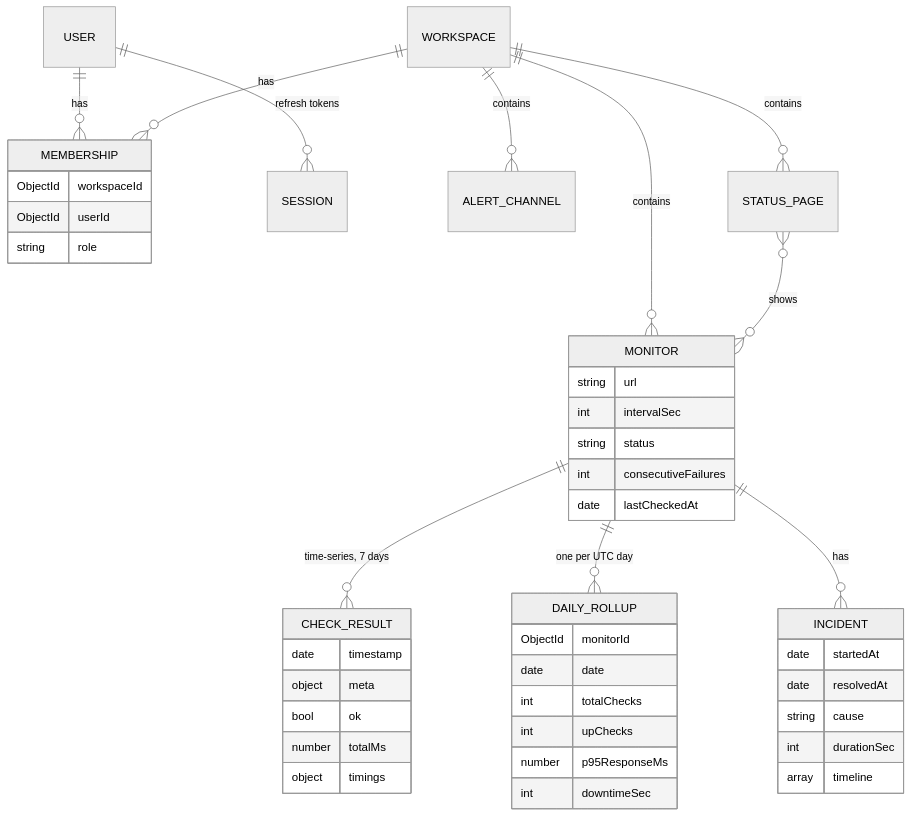
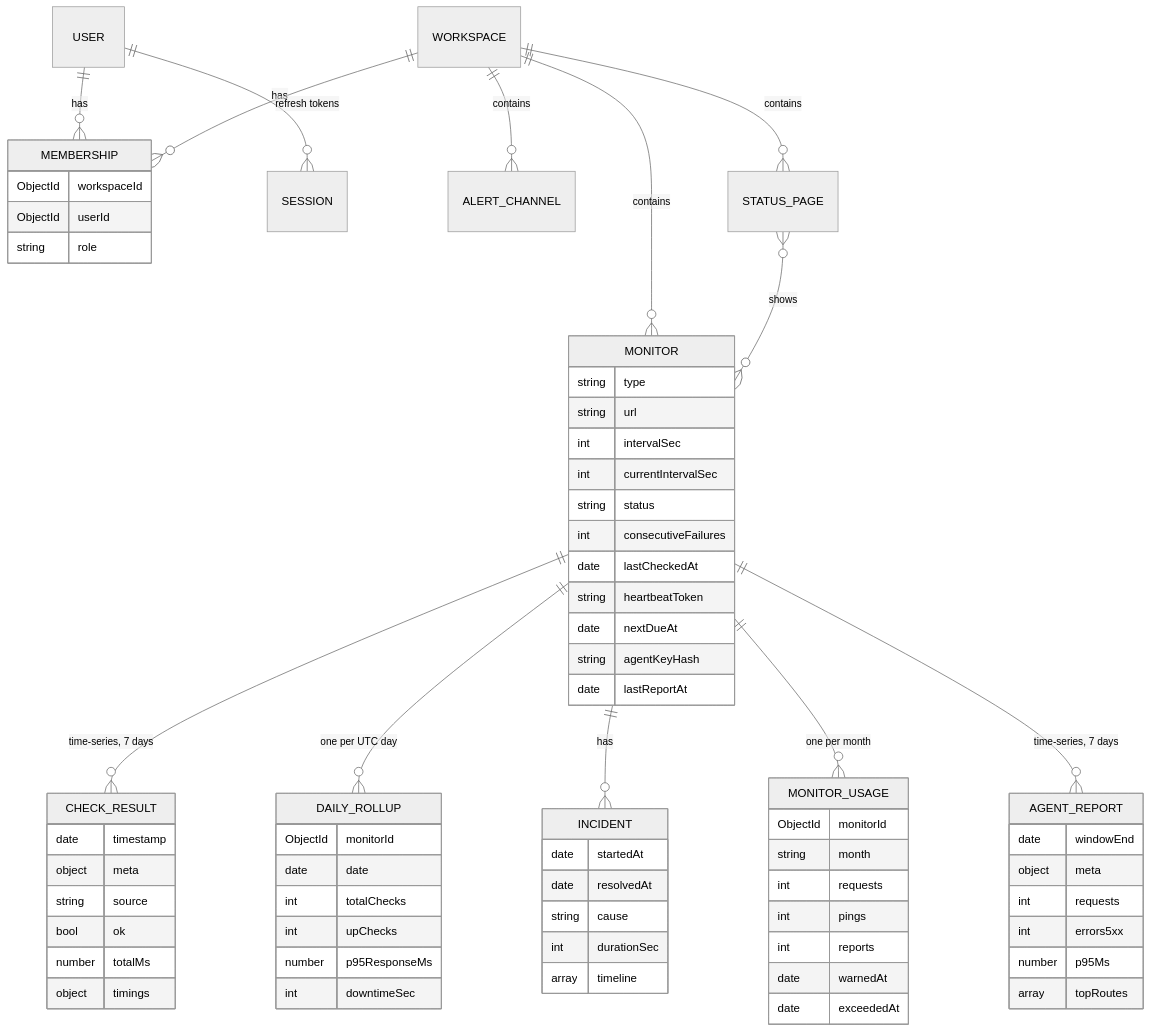
The seventh of 7 diagrams in docs/ARCHITECTURE.md (TrinankurD-06/PulseBoard), drawn with Mermaid (neutral theme) before and after one commit. The commit also changed other lines of this file and 36 other files, not shown here.

First line of the commit message:
Upgrade U5: Cost & Usage page, cross-type guarantees, demo, docs

````diff
--- a/docs/ARCHITECTURE.md
+++ b/docs/ARCHITECTURE.md
@@ -165,48 +284,74 @@
 ```mermaid
 erDiagram
     USER ||--o{ MEMBERSHIP : has
     WORKSPACE ||--o{ MEMBERSHIP : has
     USER ||--o{ SESSION : "refresh tokens"
     WORKSPACE ||--o{ MONITOR : contains
     WORKSPACE ||--o{ ALERT_CHANNEL : contains
     WORKSPACE ||--o{ STATUS_PAGE : contains
     MONITOR ||--o{ CHECK_RESULT : "time-series, 7 days"
     MONITOR ||--o{ DAILY_ROLLUP : "one per UTC day"
     MONITOR ||--o{ INCIDENT : has
+    MONITOR ||--o{ MONITOR_USAGE : "one per month"
+    MONITOR ||--o{ AGENT_REPORT : "time-series, 7 days"
     STATUS_PAGE }o--o{ MONITOR : shows
 
     MEMBERSHIP {
         ObjectId workspaceId
         ObjectId userId
         string role
     }
     MONITOR {
+        string type
         string url
         int intervalSec
+        int currentIntervalSec
         string status
         int consecutiveFailures
         date lastCheckedAt
+        string heartbeatToken
+        date nextDueAt
+        string agentKeyHash
+        date lastReportAt
     }
     CHECK_RESULT {
         date timestamp
         object meta
+        string source
         bool ok
         number totalMs
         object timings
+    }
+    MONITOR_USAGE {
+        ObjectId monitorId
+        string month
+        int requests
+        int pings
+        int reports
+        date warnedAt
+        date exceededAt
+    }
+    AGENT_REPORT {
+        date windowEnd
+        object meta
+        int requests
+        int errors5xx
+        number p95Ms
+        array topRoutes
     }
     DAILY_ROLLUP {
         ObjectId monitorId
         date date
         int totalChecks
         int upChecks
         number p95ResponseMs
         int downtimeSec
     }
     INCIDENT {
         date startedAt
         date resolvedAt
         string cause
         int durationSec
         array timeline
     }
 ```
````
